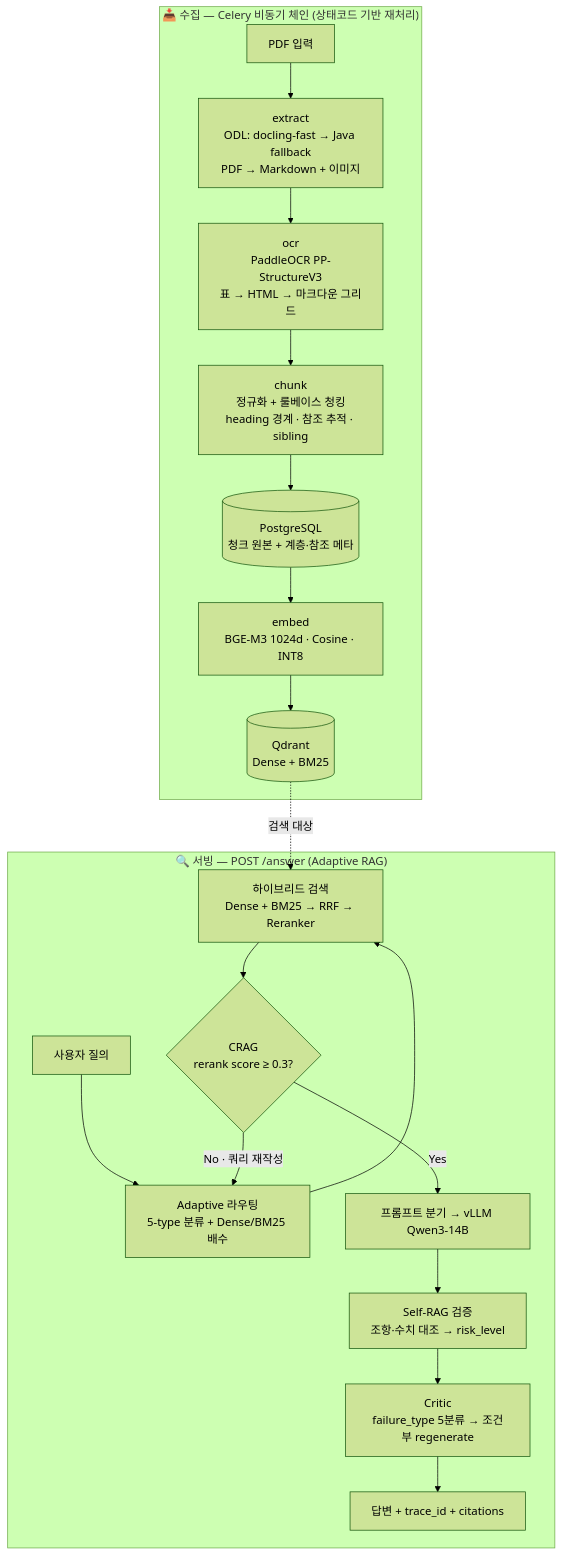
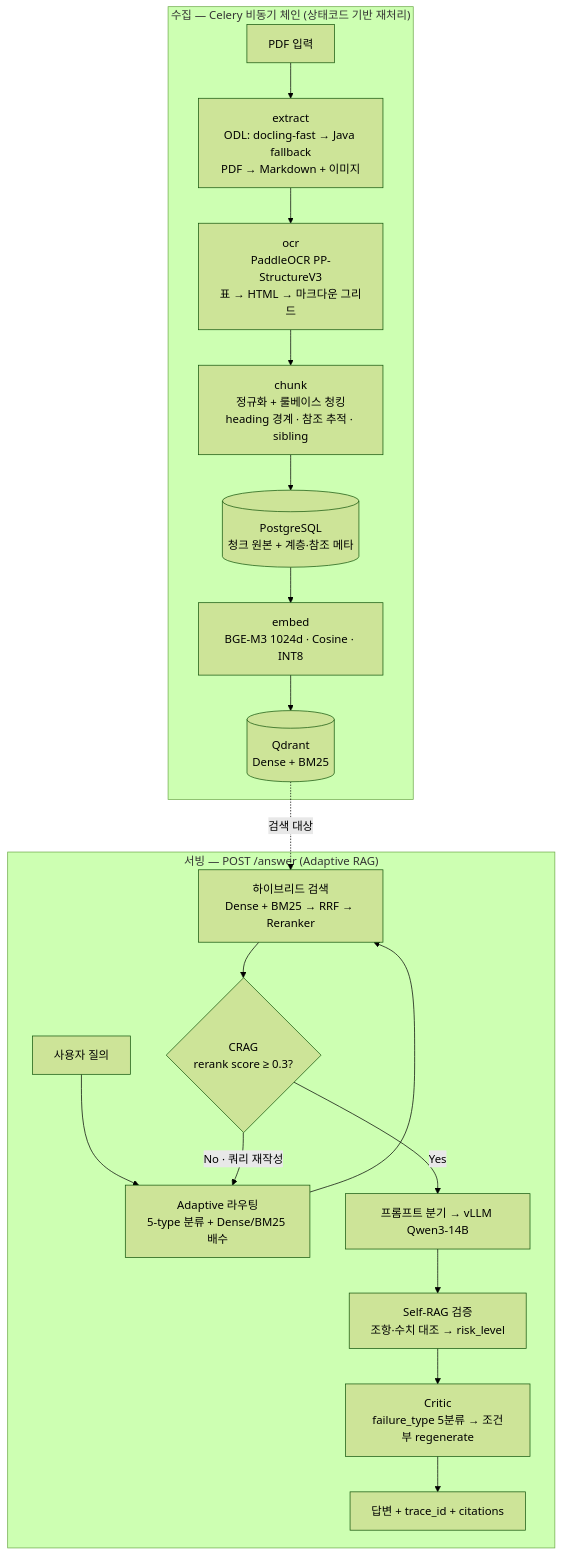
One commit to deokjinlog/docs-rag changed the diagram in README.md. Above: the diagram before and after it, drawn with Mermaid (forest theme). The commit also changed other lines of this file, not shown here.

````diff
--- a/README.md
+++ b/README.md
@@ -31,22 +29,22 @@
 ```mermaid
 flowchart TD
-    subgraph 수집["📥 수집 — Celery 비동기 체인 (상태코드 기반 재처리)"]
+    subgraph 수집["수집 — Celery 비동기 체인 (상태코드 기반 재처리)"]
         A[PDF 입력] --> B["extract<br/>ODL: docling-fast → Java fallback<br/>PDF → Markdown + 이미지"]
         B --> C["ocr<br/>PaddleOCR PP-StructureV3<br/>표 → HTML → 마크다운 그리드"]
         C --> D["chunk<br/>정규화 + 룰베이스 청킹<br/>heading 경계 · 참조 추적 · sibling"]
         D --> E[("PostgreSQL<br/>청크 원본 + 계층·참조 메타")]
         E --> F["embed<br/>BGE-M3 1024d · Cosine · INT8"]
         F --> G[("Qdrant<br/>Dense + BM25")]
     end
-    subgraph 서빙["🔍 서빙 — POST /answer (Adaptive RAG)"]
+    subgraph 서빙["서빙 — POST /answer (Adaptive RAG)"]
         Q[사용자 질의] --> R["Adaptive 라우팅<br/>5-type 분류 + Dense/BM25 배수"]
         R --> S["하이브리드 검색<br/>Dense + BM25 → RRF → Reranker"]
         S --> T{"CRAG<br/>rerank score ≥ 0.3?"}
         T -->|No · 쿼리 재작성| R
         T -->|Yes| U["프롬프트 분기 → vLLM Qwen3-14B"]
         U --> V["Self-RAG 검증<br/>조항·수치 대조 → risk_level"]
         V --> W["Critic<br/>failure_type 5분류 → 조건부 regenerate"]
         W --> X[답변 + trace_id + citations]
     end
     G -.검색 대상.-> S
 ```
````
